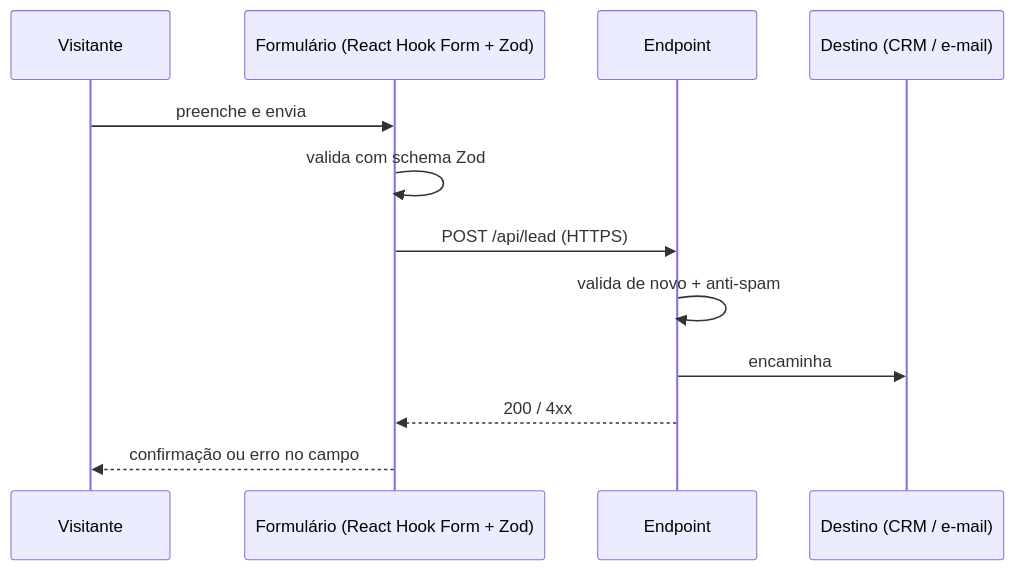
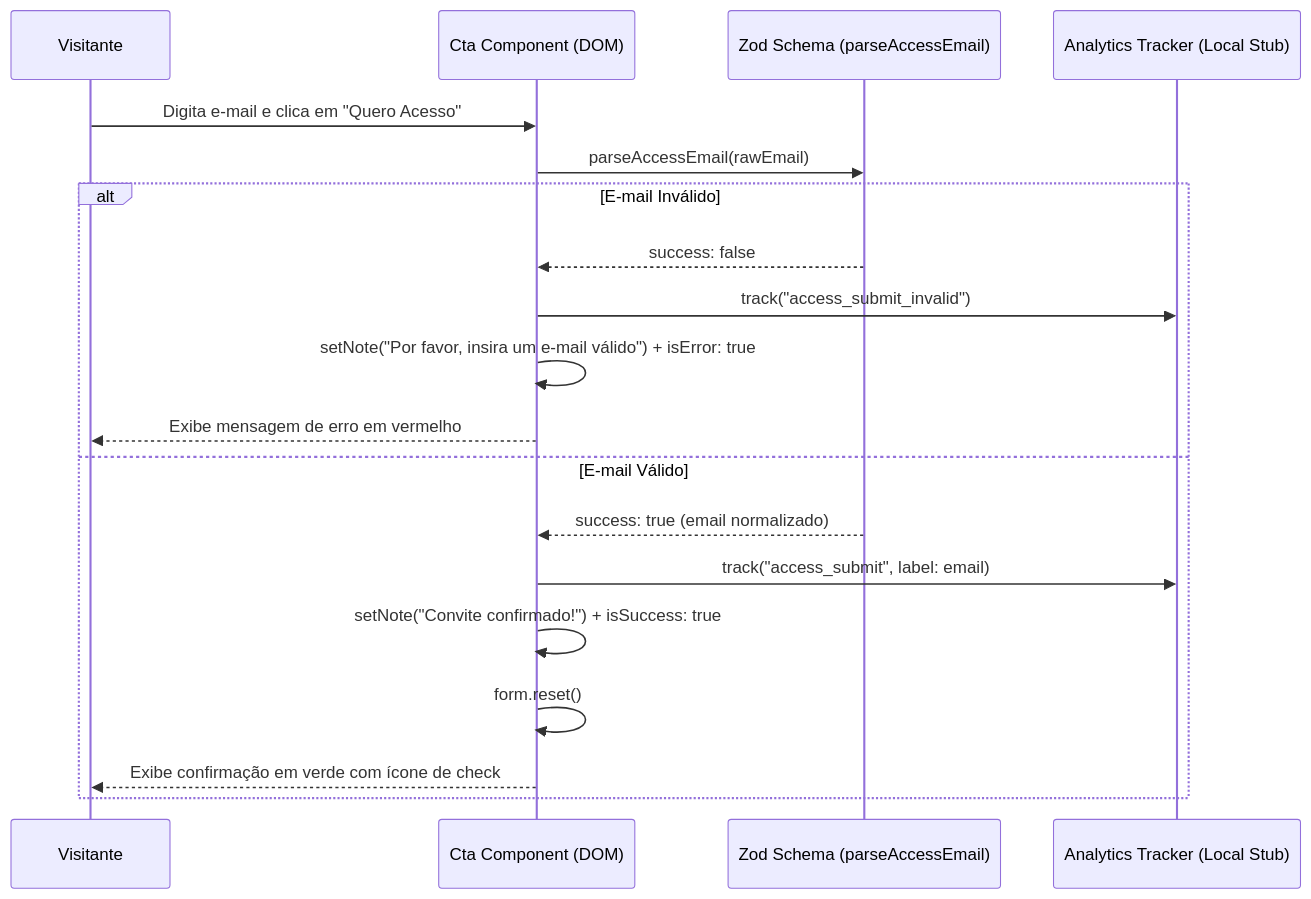
Before and after one commit to rafafrd/LP-with-VR: the fifth of 5 diagrams in docs/vault/02-Arquitetura/Fluxo-de-Dados.md, drawn with Mermaid. The commit also changed other lines of this file and 7 other files, not shown here.

````diff
--- a/docs/vault/02-Arquitetura/Fluxo-de-Dados.md
+++ b/docs/vault/02-Arquitetura/Fluxo-de-Dados.md
@@ -26,15 +180,23 @@
 ```mermaid
 sequenceDiagram
     participant U as Visitante
-    participant F as Formulário (React Hook Form + Zod)
-    participant E as Endpoint
-    participant D as Destino (CRM / e-mail)
+    participant Form as Cta Component (DOM)
+    participant Zod as Zod Schema (parseAccessEmail)
+    participant Track as Analytics Tracker (Local Stub)
 
-    U->>F: preenche e envia
-    F->>F: valida com schema Zod
-    F->>E: POST /api/lead (HTTPS)
-    E->>E: valida de novo + anti-spam
-    E->>D: encaminha
-    E-->>F: 200 / 4xx
-    F-->>U: confirmação ou erro no campo
+    U->>Form: Digita e-mail e clica em "Quero Acesso"
+    Form->>Zod: parseAccessEmail(rawEmail)
+    
+    alt E-mail Inválido
+        Zod-->>Form: success: false
+        Form->>Track: track("access_submit_invalid")
+        Form->>Form: setNote("Por favor, insira um e-mail válido") + isError: true
+        Form-->>U: Exibe mensagem de erro em vermelho
+    else E-mail Válido
+        Zod-->>Form: success: true (email normalizado)
+        Form->>Track: track("access_submit", label: email)
+        Form->>Form: setNote("Convite confirmado!") + isSuccess: true
+        Form->>Form: form.reset()
+        Form-->>U: Exibe confirmação em verde com ícone de check
+    end
 ```
````
